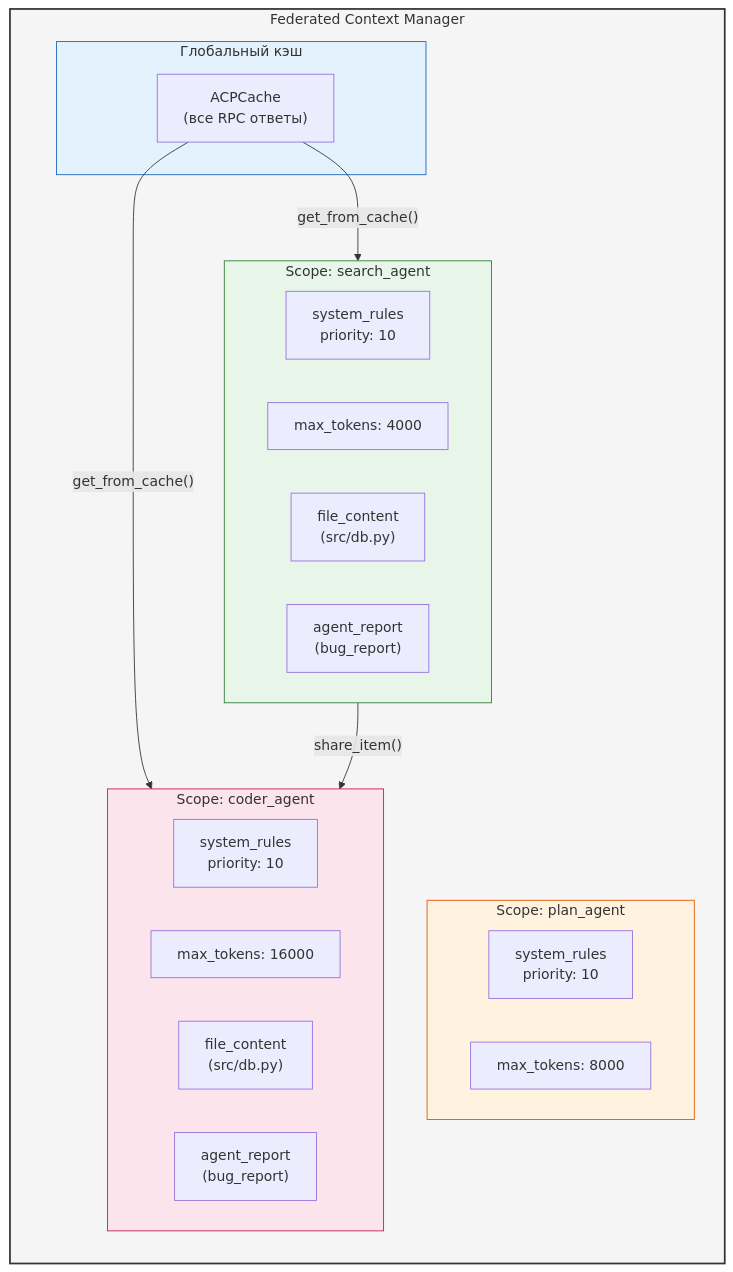
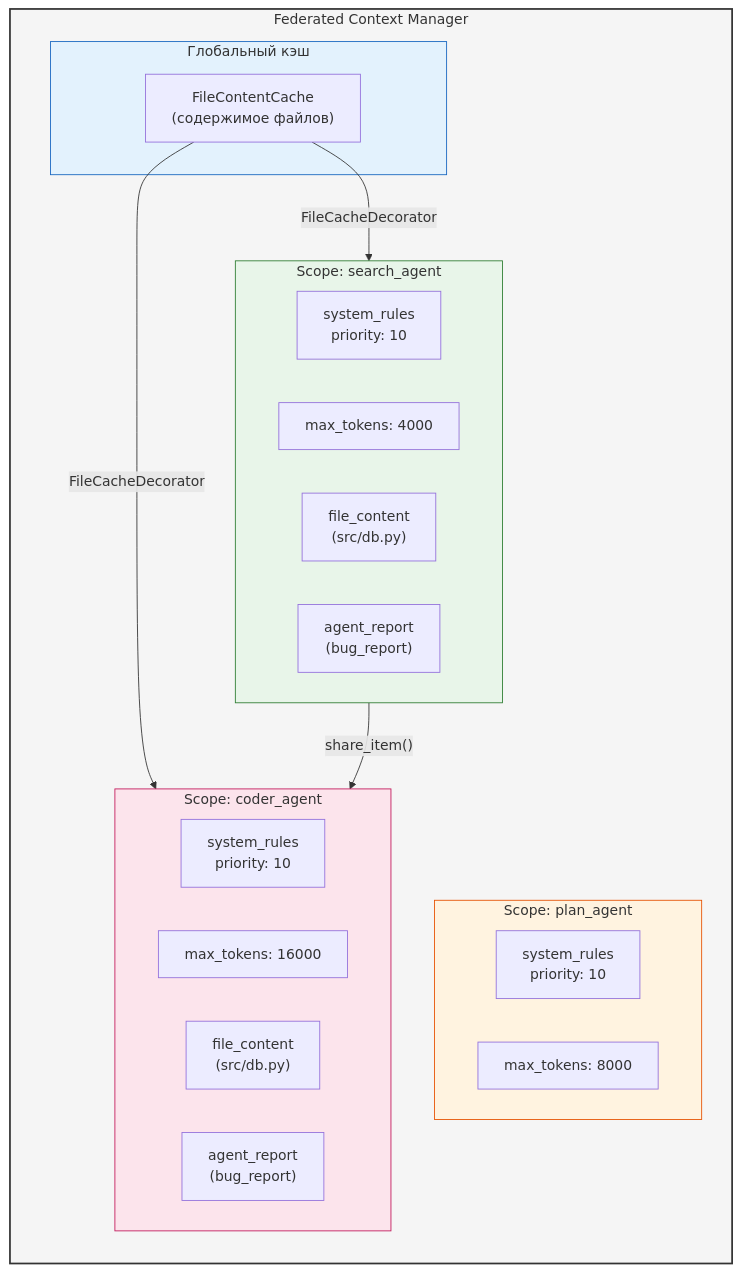
One commit to pese-git/codelab-agent changed diagram 20 of 31 in doc/internals/architecture/fcm/ARCHITECTURE.md. Above: the diagram before and after it, drawn with Mermaid. The commit also changed other lines of this file and 7 other files, not shown here.

````diff
--- a/doc/internals/architecture/fcm/ARCHITECTURE.md
+++ b/doc/internals/architecture/fcm/ARCHITECTURE.md
@@ -1161,38 +1172,38 @@
 ```mermaid
 graph LR
     subgraph FCM["Federated Context Manager"]
         subgraph Global["Глобальный кэш"]
-            Cache["ACPCache<br/>(все RPC ответы)"]
+            Cache["FileContentCache<br/>(содержимое файлов)"]
         end
         
         subgraph PlanScope["Scope: plan_agent"]
             PlanRules["system_rules<br/>priority: 10"]
             PlanBudget["max_tokens: 8000"]
         end
         
         subgraph SearchScope["Scope: search_agent"]
             SearchRules["system_rules<br/>priority: 10"]
             SearchBudget["max_tokens: 4000"]
             SearchFiles["file_content<br/>(src/db.py)"]
             SearchReports["agent_report<br/>(bug_report)"]
         end
         
         subgraph CoderScope["Scope: coder_agent"]
             CoderRules["system_rules<br/>priority: 10"]
             CoderBudget["max_tokens: 16000"]
             CoderFiles["file_content<br/>(src/db.py)"]
             CoderReports["agent_report<br/>(bug_report)"]
         end
     end
     
-    Cache -->|"get_from_cache()"| SearchScope
-    Cache -->|"get_from_cache()"| CoderScope
+    Cache -->|"FileCacheDecorator"| SearchScope
+    Cache -->|"FileCacheDecorator"| CoderScope
     
     SearchScope -->|"share_item()"| CoderScope
     
     style FCM fill:#f5f5f5,stroke:#333,stroke-width:2px
     style Global fill:#e3f2fd,stroke:#1565c0
     style PlanScope fill:#fff3e0,stroke:#e65100
     style SearchScope fill:#e8f5e9,stroke:#2e7d32
     style CoderScope fill:#fce4ec,stroke:#c2185b
 ```
````
